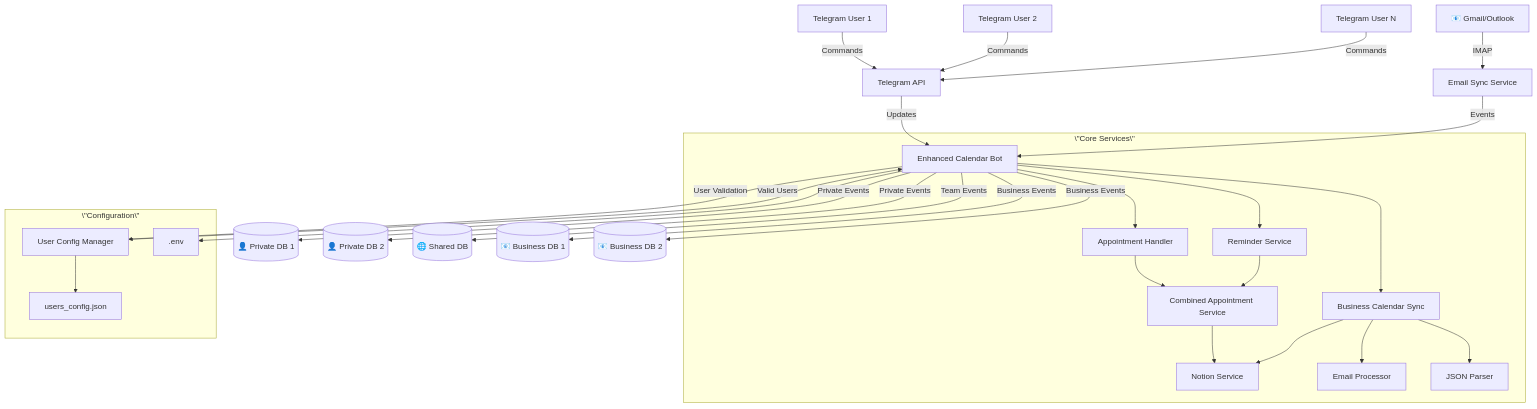
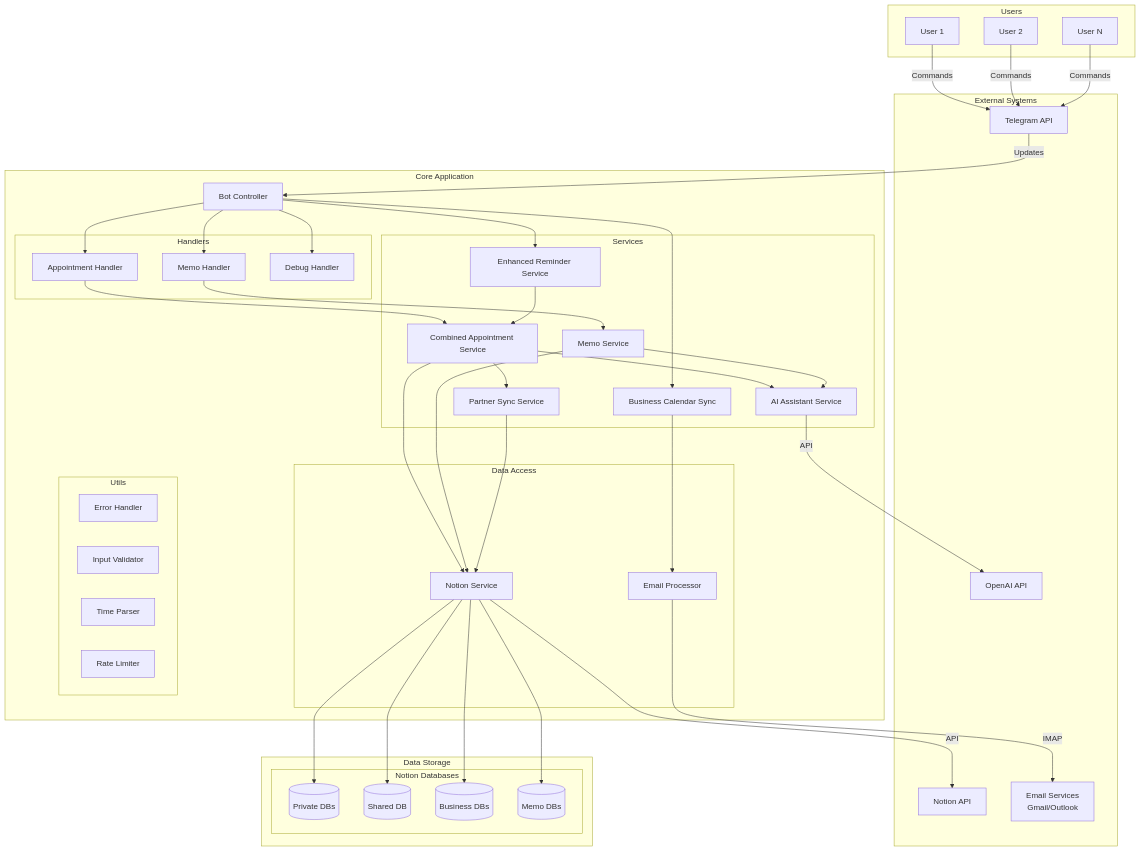
One commit to EBNSchindi/telegram-notion-calendar-bot changed the first of 4 diagrams in ARCHITECTURE.md. Above: the diagram before and after it, drawn with Mermaid. The commit also changed other lines of this file and 79 other files, not shown here.

First line of the commit message:
fix: Database status display and memo database integration

````diff
--- a/ARCHITECTURE.md
+++ b/ARCHITECTURE.md
@@ -5,47 +20,77 @@
 ```mermaid
 graph TB
-    %% Users
-    U1[Telegram User 1] -->|Commands| TG[Telegram API]
-    U2[Telegram User 2] -->|Commands| TG
-    U3[Telegram User N] -->|Commands| TG
-    
-    %% Email Integration
-    EM[📧 Gmail/Outlook] -->|IMAP| EmailSync[Email Sync Service]
-    
-    %% Core Bot
-    TG -->|Updates| Bot[Enhanced Calendar Bot]
-    EmailSync -->|Events| Bot
-    
-    %% User Management
-    Bot -->|User Validation| UserConfig[User Config Manager]
-    UserConfig -->|Valid Users| Bot
-    
-    %% Multiple Notion Databases
-    Bot -->|Private Events| N1[(👤 Private DB 1)]
-    Bot -->|Private Events| N2[(👤 Private DB 2)]
-    Bot -->|Team Events| NS[(🌐 Shared DB)]
-    Bot -->|Business Events| NB1[(📧 Business DB 1)]
-    Bot -->|Business Events| NB2[(📧 Business DB 2)]
-    
-    %% Services Layer
-    subgraph \"Core Services\"
-        Bot --> AppHandler[Appointment Handler]
-        Bot --> ReminderService[Reminder Service]
-        Bot --> BusinessSync[Business Calendar Sync]
-        
-        AppHandler --> CombinedService[Combined Appointment Service]
-        CombinedService --> NotionService[Notion Service]
-        
-        BusinessSync --> EmailProcessor[Email Processor]
-        BusinessSync --> JSONParser[JSON Parser]
-        BusinessSync --> NotionService
-        
-        ReminderService --> CombinedService
+    %% External Systems
+    subgraph "External Systems"
+        TG[Telegram API]
+        NO[Notion API]
+        OAI[OpenAI API]
+        EM[Email Services<br/>Gmail/Outlook]
     end
     
-    %% Configuration
-    subgraph \"Configuration\"
-        UserConfig --> UC[users_config.json]
-        Bot --> EnvConfig[.env]
+    %% Users
+    subgraph "Users"
+        U1[User 1]
+        U2[User 2]
+        UN[User N]
     end
+    
+    %% Core Application
+    subgraph "Core Application"
+        Bot[Bot Controller]
+        
+        subgraph "Handlers"
+            AH[Appointment Handler]
+            MH[Memo Handler]
+            DH[Debug Handler]
+        end
+        
+        subgraph "Services"
+            CAS[Combined Appointment Service]
+            MS[Memo Service]
+            AIS[AI Assistant Service]
+            PSS[Partner Sync Service]
+            BCS[Business Calendar Sync]
+            ERS[Enhanced Reminder Service]
+        end
+        
+        subgraph "Data Access"
+            NS[Notion Service]
+            EP[Email Processor]
+        end
+        
+        subgraph "Utils"
+            EH[Error Handler]
+            IV[Input Validator]
+            RTP[Time Parser]
+            RL[Rate Limiter]
+        end
+    end
+    
+    %% Data Storage
+    subgraph "Data Storage"
+        subgraph "Notion Databases"
+            PDB[(Private DBs)]
+            SDB[(Shared DB)]
+            BDB[(Business DBs)]
+            MDB[(Memo DBs)]
+        end
+    end
+    
+    %% Connections
+    U1 & U2 & UN -->|Commands| TG
+    TG -->|Updates| Bot
+    Bot --> AH & MH & DH
+    AH --> CAS
+    MH --> MS
+    CAS & MS --> AIS
+    CAS --> PSS
+    Bot --> BCS
+    BCS --> EP
+    EP -->|IMAP| EM
+    CAS & MS & PSS --> NS
+    NS -->|API| NO
+    AIS -->|API| OAI
+    NS --> PDB & SDB & BDB & MDB
+    Bot --> ERS
+    ERS --> CAS
 ```
````
